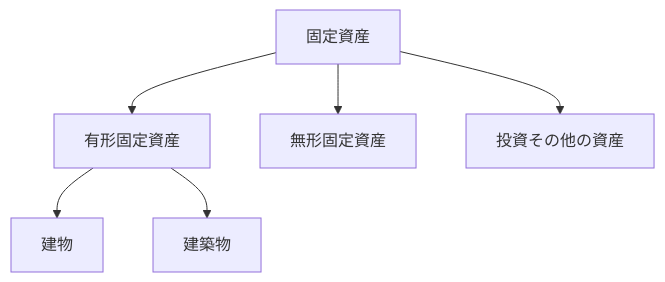
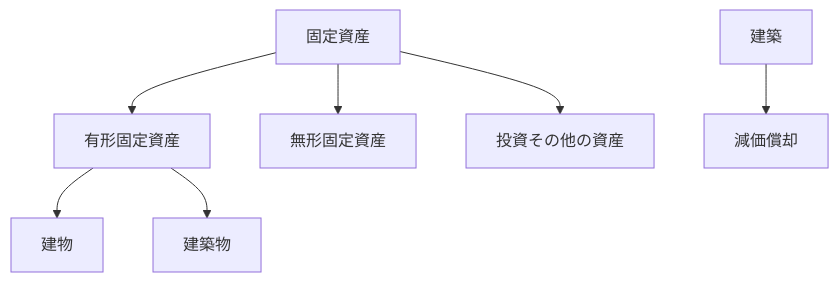
One commit to bebetakumi/mermaid changed the diagram in 固定資産/固定資産の分類.md. Above: the diagram before and after it, drawn with Mermaid.

````diff
--- a/固定資産/固定資産の分類.md
+++ b/固定資産/固定資産の分類.md
@@ -1,15 +1,15 @@
 ```mermaid
 graph TD
 
 固定資産
 有形固定資産
 無形固定資産
 投資その他の資産
 建物
 建築物
 
 固定資産 --> 有形固定資産 --> 建物 & 建築物
 固定資産 --> 無形固定資産
 固定資産 --> 投資その他の資産
-
+建築 --> 減価償却
 ```
````
